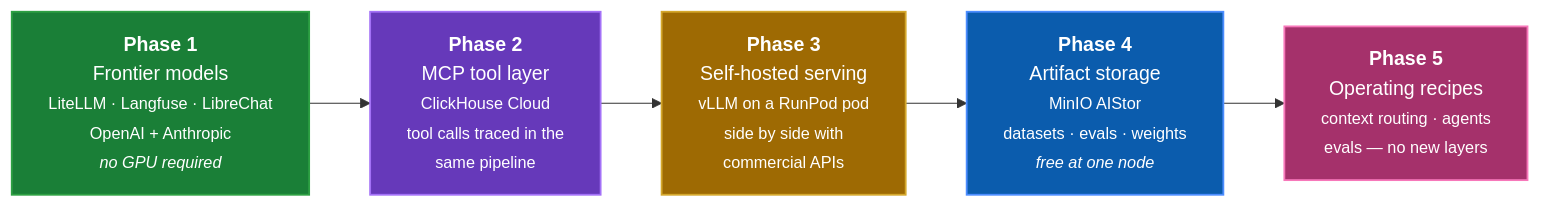
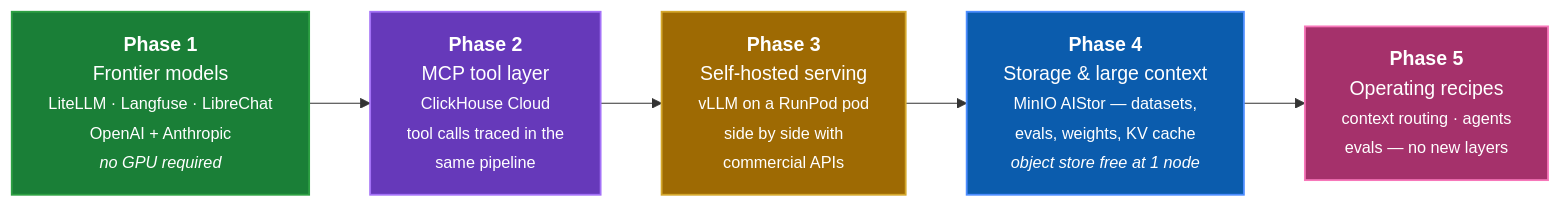
The diagram in docs/phases.md (litkhai/llmops-in-a-box), drawn with Mermaid before and after one commit. The commit also changed other lines of this file and 8 other files, not shown here.

````diff
--- a/docs/phases.md
+++ b/docs/phases.md
@@ -31,21 +26,21 @@
 ```mermaid
 flowchart LR
     P1["<b>Phase 1</b><br/>Frontier models<br/><small>LiteLLM · Langfuse · LibreChat<br/>OpenAI + Anthropic<br/><i>no GPU required</i></small>"]
     P2["<b>Phase 2</b><br/>MCP tool layer<br/><small>ClickHouse Cloud<br/>tool calls traced in the<br/>same pipeline</small>"]
     P3["<b>Phase 3</b><br/>Self-hosted serving<br/><small>vLLM on a RunPod pod<br/>side by side with<br/>commercial APIs</small>"]
-    P4["<b>Phase 4</b><br/>Artifact storage<br/><small>MinIO AIStor<br/>datasets · evals · weights<br/><i>free at one node</i></small>"]
+    P4["<b>Phase 4</b><br/>Storage &amp; large context<br/><small>MinIO AIStor — datasets,<br/>evals, weights, KV cache<br/><i>object store free at 1 node</i></small>"]
     P5["<b>Phase 5</b><br/>Operating recipes<br/><small>context routing · agents<br/>evals — no new layers</small>"]
 
     P1 --> P2 --> P3 --> P4 --> P5
 
     classDef p1 fill:#1a7f37,stroke:#2ea043,color:#fff,stroke-width:1.5px
     classDef p2 fill:#6639ba,stroke:#a371f7,color:#fff,stroke-width:1.5px
     classDef p3 fill:#9e6a03,stroke:#d4a72c,color:#fff,stroke-width:1.5px
     classDef p4 fill:#0b5cad,stroke:#4c8dff,color:#fff,stroke-width:1.5px
     classDef p5 fill:#a5316b,stroke:#f778ba,color:#fff,stroke-width:1.5px
     class P1 p1
     class P2 p2
     class P3 p3
     class P4 p4
     class P5 p5
 ```
````
